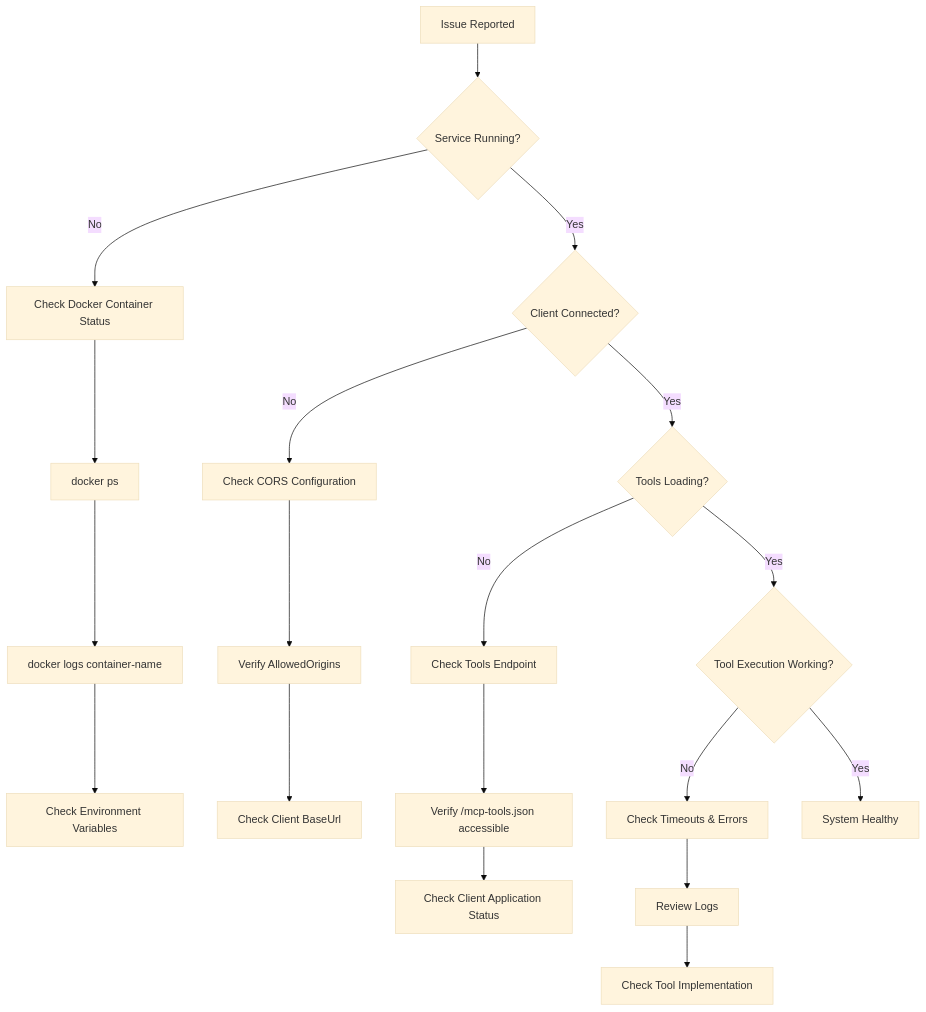
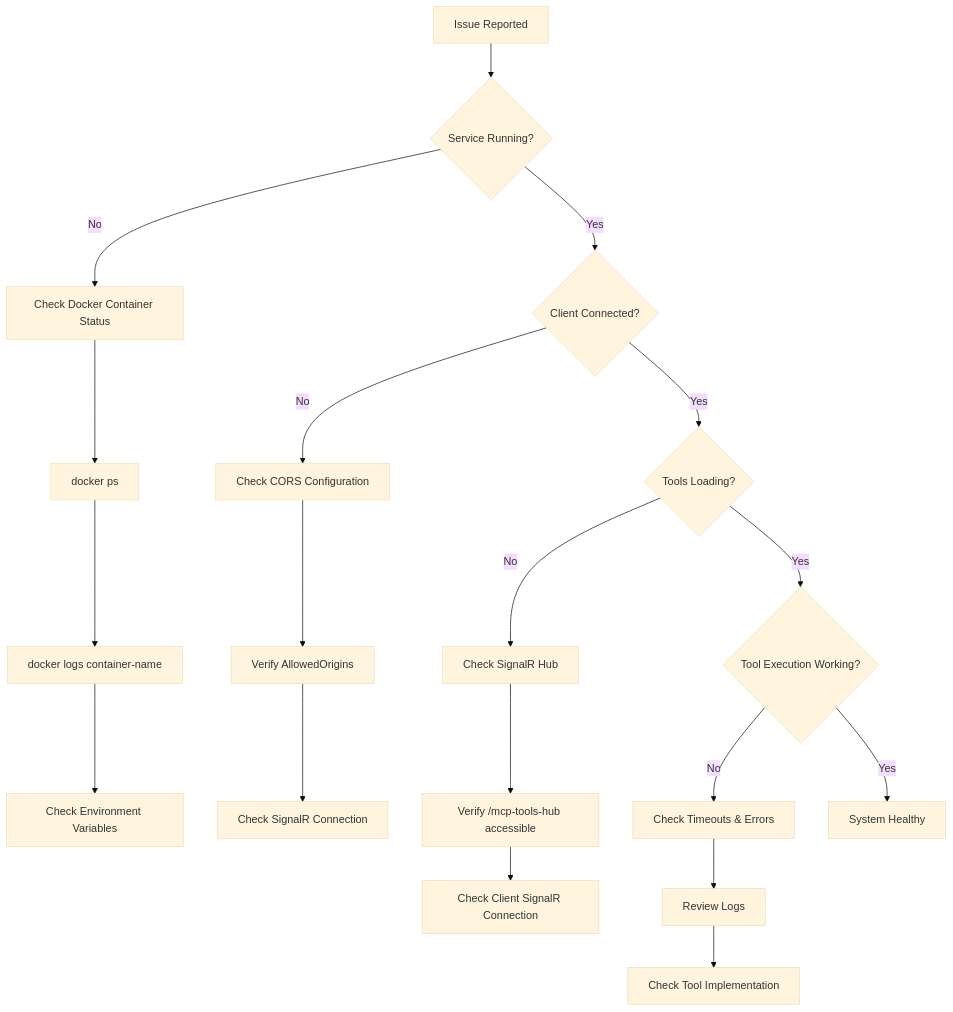
One commit to Vijay-Nirmal/WebInteractMCP changed the fourth of 4 diagrams in server/README.md. Above: the diagram before and after it, drawn with Mermaid (base theme). The commit also changed other lines of this file and 42 other files, not shown here.

````diff
--- a/server/README.md
+++ b/server/README.md
@@ -507,28 +486,28 @@
 ```mermaid
 flowchart TD
     A[Issue Reported] --> B{Service Running?}
     B -->|No| C[Check Docker Container Status]
     B -->|Yes| D{Client Connected?}
     
     C --> C1[docker ps]
     C1 --> C2[docker logs container-name]
     C2 --> C3[Check Environment Variables]
     
     D -->|No| E[Check CORS Configuration]
     D -->|Yes| F{Tools Loading?}
     
     E --> E1[Verify AllowedOrigins]
-    E1 --> E2[Check Client BaseUrl]
+    E1 --> E2[Check SignalR Connection]
     
-    F -->|No| G[Check Tools Endpoint]
+    F -->|No| G[Check SignalR Hub]
     F -->|Yes| H{Tool Execution Working?}
     
-    G --> G1[Verify /mcp-tools.json accessible]
-    G1 --> G2[Check Client Application Status]
+    G --> G1[Verify /mcp-tools-hub accessible]
+    G1 --> G2[Check Client SignalR Connection]
     
     H -->|No| I[Check Timeouts & Errors]
     H -->|Yes| J[System Healthy]
     
     I --> I1[Review Logs]
     I1 --> I2[Check Tool Implementation]
 ```
````
